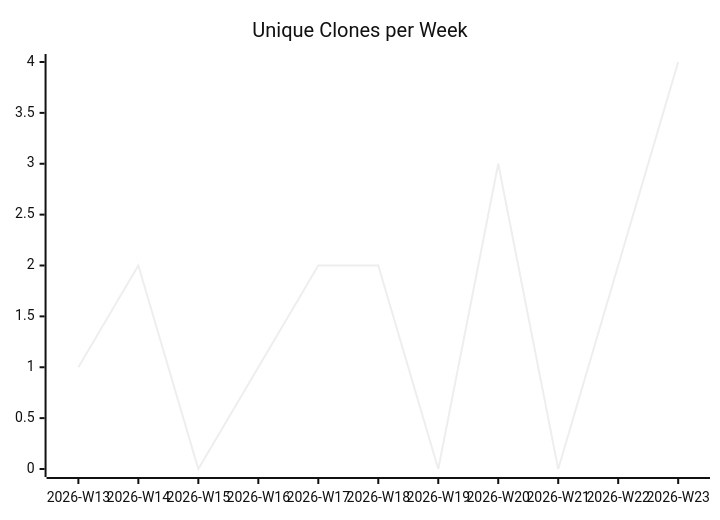
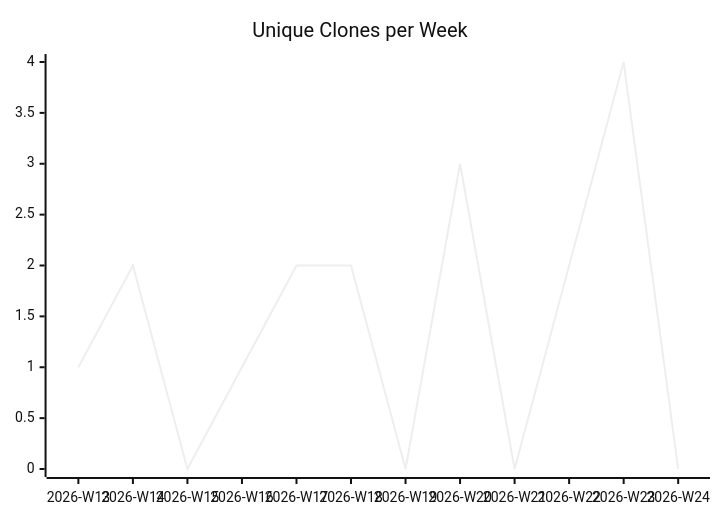
Before and after one commit to justdavis-family/github-analytics-data: the third of 3 diagrams in karlmdavis/hapi-fhir-jpaserver-starter/README.md, drawn with Mermaid (neutral theme). The commit also changed other lines of this file and 189 other files, not shown here.

````diff
--- a/karlmdavis/hapi-fhir-jpaserver-starter/README.md
+++ b/karlmdavis/hapi-fhir-jpaserver-starter/README.md
@@ -19,6 +19,6 @@
 ```mermaid
 xychart-beta
   title "Unique Clones per Week"
-  x-axis ["2026-W13", "2026-W14", "2026-W15", "2026-W16", "2026-W17", "2026-W18", "2026-W19", "2026-W20", "2026-W21", "2026-W22", "2026-W23"]
-  line [1, 2, 0, 1, 2, 2, 0, 3, 0, 2, 4]
+  x-axis ["2026-W13", "2026-W14", "2026-W15", "2026-W16", "2026-W17", "2026-W18", "2026-W19", "2026-W20", "2026-W21", "2026-W22", "2026-W23", "2026-W24"]
+  line [1, 2, 0, 1, 2, 2, 0, 3, 0, 2, 4, 0]
 ```
````
